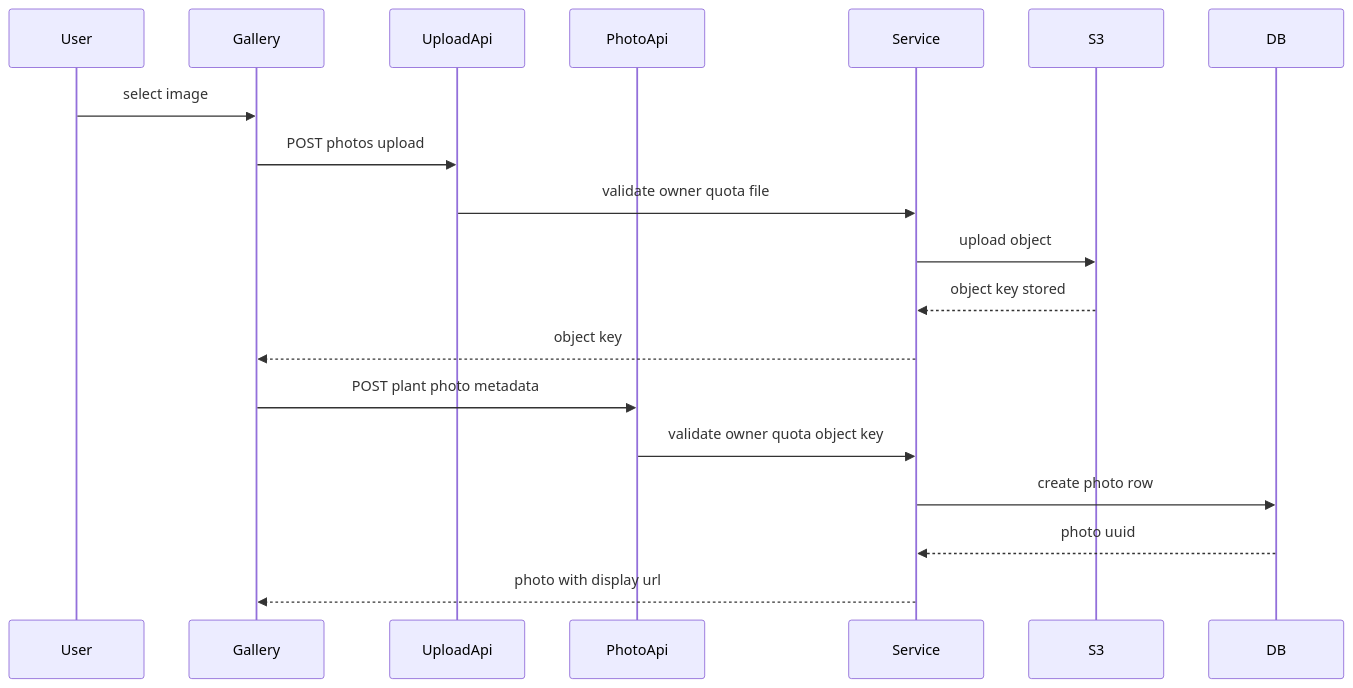
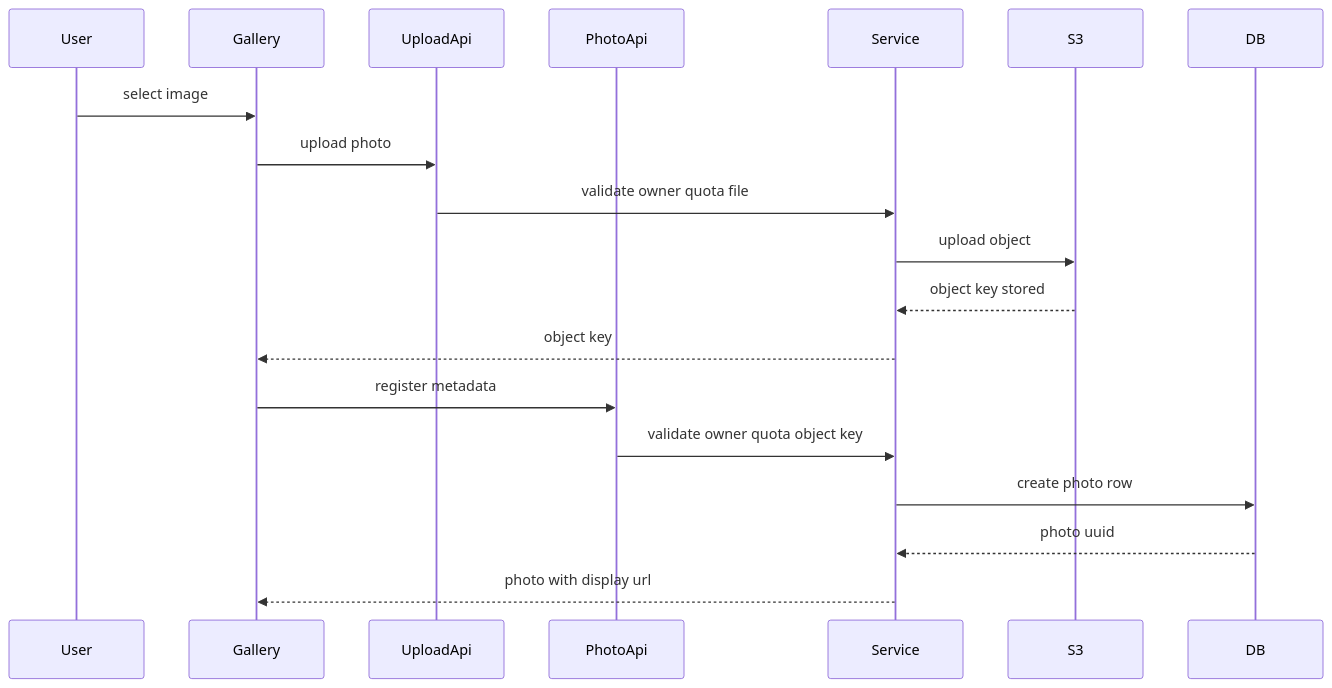
One commit to atoook/green-log changed the second of 5 diagrams in .kiro/specs/plant-image-management/design.md. Above: the diagram before and after it, drawn with Mermaid. The commit also changed other lines of this file and 2 other files, not shown here.

Commit message:
execute $kiro-spec-design plant-image-management -y

````diff
--- a/.kiro/specs/plant-image-management/design.md
+++ b/.kiro/specs/plant-image-management/design.md
@@ -175,21 +173,21 @@
 ```mermaid
 sequenceDiagram
     participant User
     participant Gallery
     participant UploadApi
     participant PhotoApi
     participant Service
     participant S3
     participant DB
     User->>Gallery: select image
-    Gallery->>UploadApi: POST photos upload
+    Gallery->>UploadApi: upload photo
     UploadApi->>Service: validate owner quota file
     Service->>S3: upload object
     S3-->>Service: object key stored
     Service-->>Gallery: object key
-    Gallery->>PhotoApi: POST plant photo metadata
+    Gallery->>PhotoApi: register metadata
     PhotoApi->>Service: validate owner quota object key
     Service->>DB: create photo row
     DB-->>Service: photo uuid
     Service-->>Gallery: photo with display url
 ```
````
